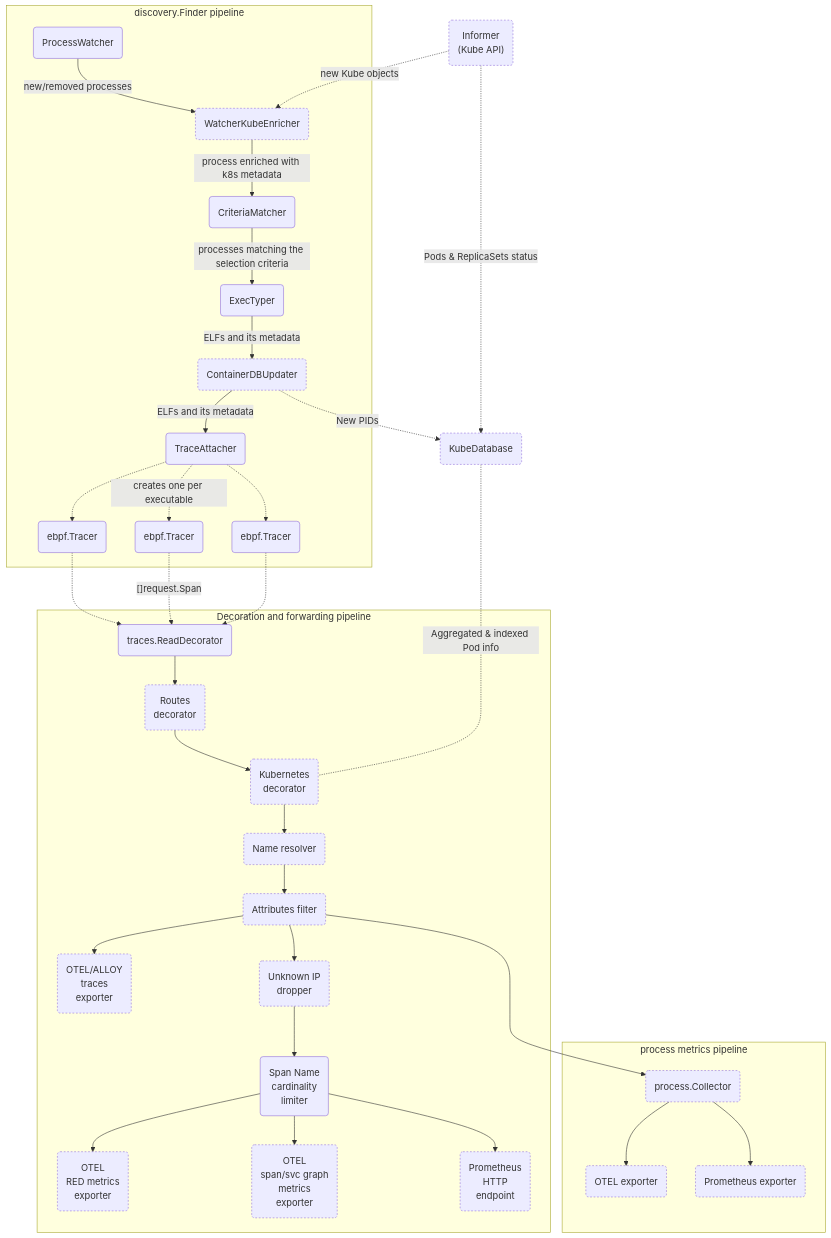
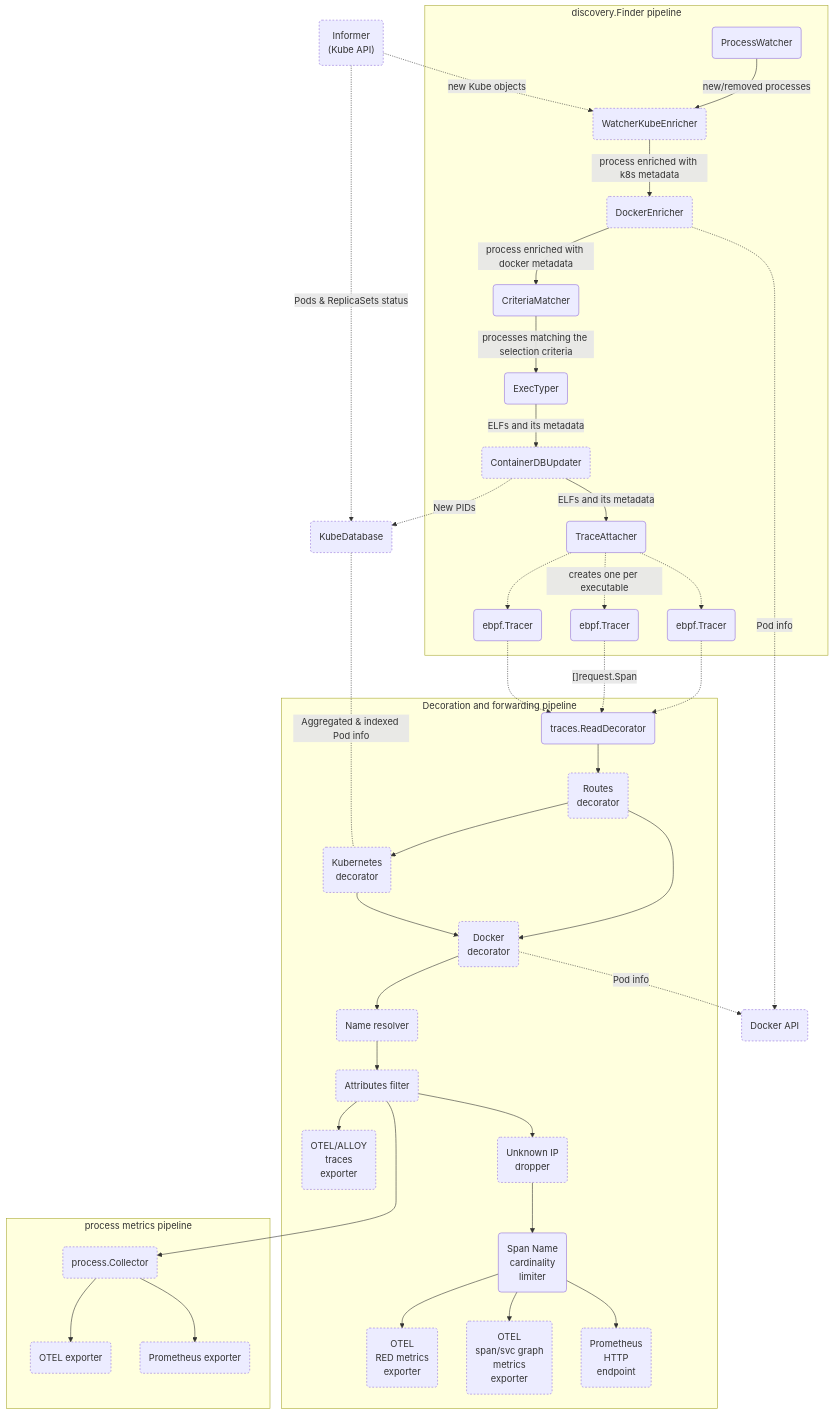
Before and after one commit to open-telemetry/opentelemetry-ebpf-instrumentation: the first of 2 diagrams in devdocs/pipeline-map.md, drawn with Mermaid. The commit also changed 32 other files, not shown here.

First line of the commit message:
Docker metadata support (#1190)

````diff
--- a/devdocs/pipeline-map.md
+++ b/devdocs/pipeline-map.md
@@ -18,43 +18,48 @@
 ```mermaid
 flowchart TD
     classDef optional stroke-dasharray: 3 3;
     subgraph discovery.Finder pipeline
         PW(ProcessWatcher) --> |new/removed processes| KWE
-        KWE(WatcherKubeEnricher):::optional --> |process enriched with k8s metadata| CM
+        KWE(WatcherKubeEnricher):::optional --> |process enriched with k8s metadata| DE
+        DE(DockerEnricher):::optional --> |process enriched with docker metadata| CM
         CM(CriteriaMatcher) --> |processes matching the selection criteria| ET(ExecTyper)
         ET --> |ELFs and its metadata| CU
         CU(ContainerDBUpdater):::optional --> |ELFs and its metadata| TA
         TA(TraceAttacher) -.-> EBPF1(ebpf.Tracer)
         TA -.-> |creates one per executable| EBPF2(ebpf.Tracer)
         TA -.-> EBPF3(ebpf.Tracer)
     end
     subgraph Decoration and forwarding pipeline
         EBPF1 -.-> TR
         EBPF2 -.-> |"[]request.Span"| TR
         EBPF3 -.-> TR
         TR(traces.ReadDecorator) --> ROUT(Routes<br/>decorator)
+        ROUT:::optional --> DOCKDEC(Docker<br/>decorator)
         ROUT:::optional --> KD(Kubernetes<br/>decorator)
-        KD:::optional --> NR
+        KD:::optional --> DOCKDEC
+        DOCKDEC:::optional --> NR
         NR(Name resolver):::optional --> AF
         
         AF(Attributes filter):::optional --> OTELT(OTEL/ALLOY<br/> traces<br/> exporter):::optional
 
         
         AF --> IPD(Unknown IP<br/>dropper):::optional
         IPD --> SNCL(Span Name<br/>cardinality<br/>limiter)
         SNCL --> OTELRM(OTEL<br/>RED metrics<br/> exporter):::optional
         SNCL --> OTELSM(OTEL<br/>span/svc graph<br/>metrics<br/> exporter):::optional
         SNCL --> PROM(Prometheus<br/>HTTP<br/>endpoint):::optional
     end
     CU -.-> |New PIDs| KDB
+    DE -.-> |Pod info| DOCKAPI(Docker API):::optional
+    DOCKDEC -.-> |Pod info| DOCKAPI(Docker API):::optional
     KDB(KubeDatabase):::optional <-.- | Aggregated & indexed Pod info | KD
     IF("Informer<br/>(Kube API)"):::optional -.-> |Pods & ReplicaSets status| KDB
     IF -.-> |new Kube objects| KWE
     AF ---> PC
     subgraph process metrics pipeline
         PC("process.Collector"):::optional --> POTEL
         PC --> PPROM
         POTEL("OTEL exporter"):::optional
         PPROM("Prometheus exporter"):::optional
     end
 ```
````
